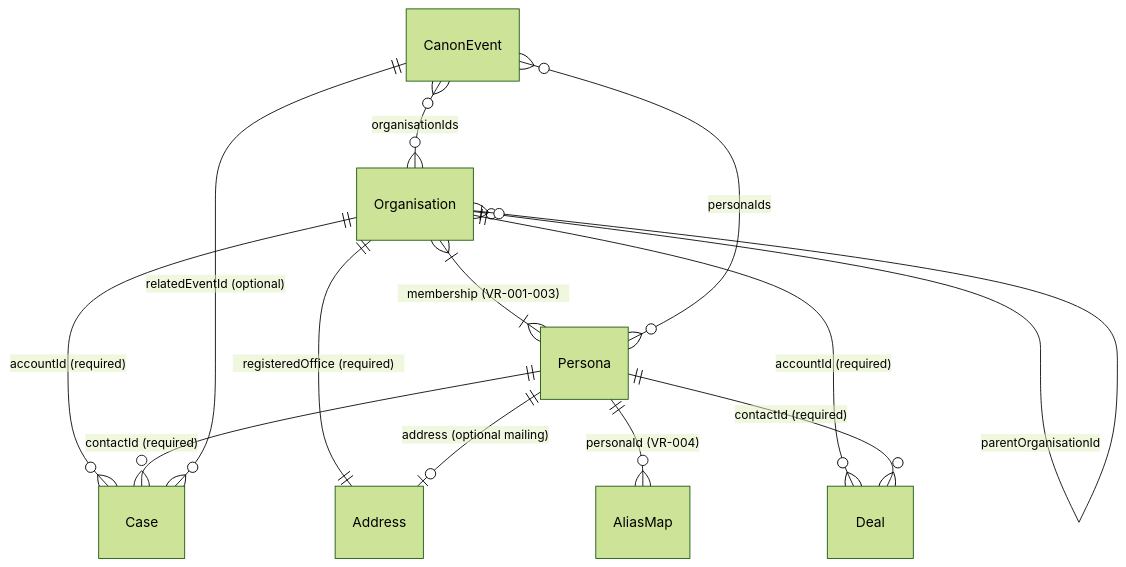
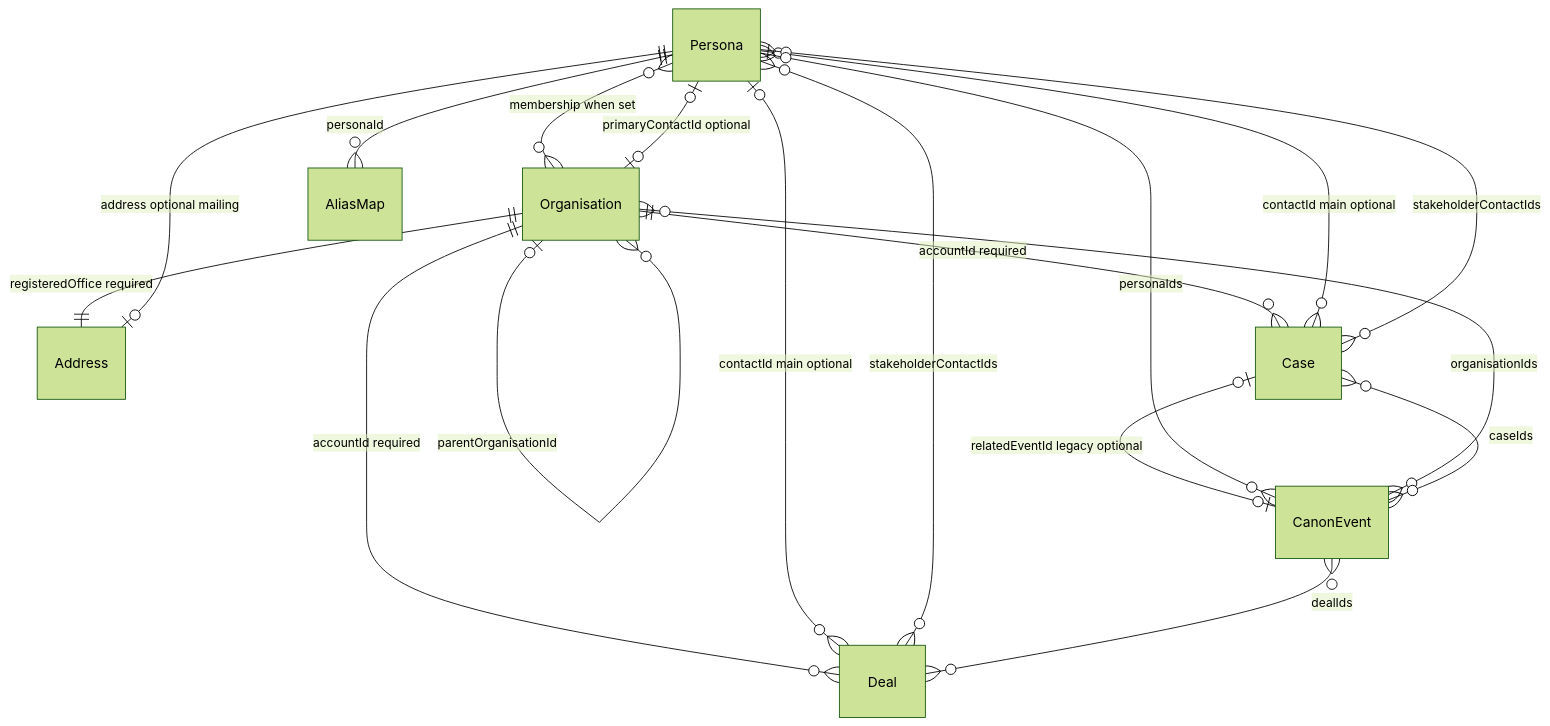
Before and after one commit to markheydon/turpinverse: the first of 4 diagrams in docs/entity-relationships.md, drawn with Mermaid (forest theme). The commit also changed other lines of this file and 3 other files, not shown here.

First line of the commit message:
Document target CRM join graph and link correction issue.

````diff
--- a/docs/entity-relationships.md
+++ b/docs/entity-relationships.md
@@ -25,15 +29,20 @@
 ```mermaid
 erDiagram
-    Organisation }|--|{ Persona : "membership (VR-001-003)"
+    Persona }o--o{ Organisation : "membership when set"
+    Organisation |o--o| Persona : "primaryContactId optional"
     Organisation |o--o{ Organisation : "parentOrganisationId"
-    Organisation ||--|| Address : "registeredOffice (required)"
-    Persona ||--o| Address : "address (optional mailing)"
-    Persona ||--o{ AliasMap : "personaId (VR-004)"
-    Organisation ||--o{ Deal : "accountId (required)"
-    Persona ||--o{ Deal : "contactId (required)"
-    Organisation ||--o{ Case : "accountId (required)"
-    Persona ||--o{ Case : "contactId (required)"
-    CanonEvent ||--o{ Case : "relatedEventId (optional)"
+    Organisation ||--|| Address : "registeredOffice required"
+    Persona ||--o| Address : "address optional mailing"
+    Persona ||--o{ AliasMap : "personaId"
+    Organisation ||--o{ Deal : "accountId required"
+    Persona |o--o{ Deal : "contactId main optional"
+    Persona }o--o{ Deal : "stakeholderContactIds"
+    Organisation ||--o{ Case : "accountId required"
+    Persona |o--o{ Case : "contactId main optional"
+    Persona }o--o{ Case : "stakeholderContactIds"
     CanonEvent }o--o{ Persona : "personaIds"
     CanonEvent }o--o{ Organisation : "organisationIds"
+    CanonEvent }o--o{ Deal : "dealIds"
+    CanonEvent }o--o{ Case : "caseIds"
+    Case |o--o| CanonEvent : "relatedEventId legacy optional"
 ```
````
